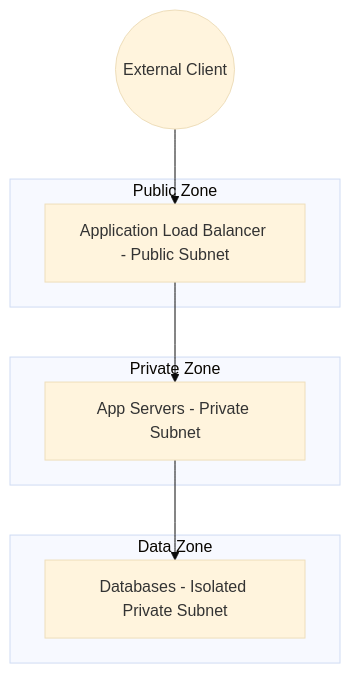
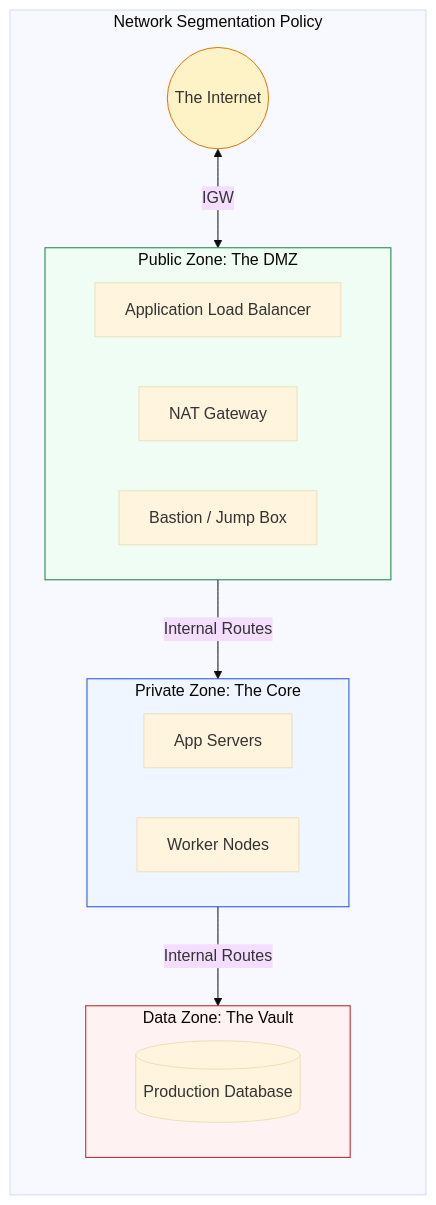
The diagram in 2-Intermediate/01-Phase-1/01-Networking/02-Subnetting-and-CIDR/03-Public-and-Private-Zoning/README.md (Ganil151/Devops), drawn with Mermaid (base theme) before and after one commit. The commit also changed other lines of this file and 51 other files, not shown here.

````diff
--- a/2-Intermediate/01-Phase-1/01-Networking/02-Subnetting-and-CIDR/03-Public-and-Private-Zoning/README.md
+++ b/2-Intermediate/01-Phase-1/01-Networking/02-Subnetting-and-CIDR/03-Public-and-Private-Zoning/README.md
@@ -34,18 +5,29 @@
 ```mermaid
 graph TD
-    Client((External Client)) --> ALB[Application Load Balancer - Public Subnet]
-    ALB --> App[App Servers - Private Subnet]
-    App --> DB[Databases - Isolated Private Subnet]
-
-subgraph "Public Zone"
-    ALB
+    subgraph VPC_Zoning[Network Segmentation Policy]
+        direction TB
+        subgraph Public_Zone[Public Zone: The DMZ]
+            ALB[Application Load Balancer]
+            NAT[NAT Gateway]
+            Bastion[Bastion / Jump Box]
+        end
+        
+        subgraph Private_Zone[Private Zone: The Core]
+            App[App Servers]
+            Worker[Worker Nodes]
+        end
+        
+        subgraph Data_Zone[Data Zone: The Vault]
+            DB[(Production Database)]
+        end
+        
+        Internet((The Internet)) <-->|IGW| Public_Zone
+        Public_Zone -->|Internal Routes| Private_Zone
+        Private_Zone -->|Internal Routes| Data_Zone
     end
 
-subgraph "Private Zone"
-    App
-    end
-
-subgraph "Data Zone"
-    DB
-    end
+    style Public_Zone fill:#f0fdf4,stroke:#15803d
+    style Private_Zone fill:#eff6ff,stroke:#1d4ed8
+    style Data_Zone fill:#fef2f2,stroke:#b91c1c
+    style Internet fill:#fef3c7,stroke:#d97706
 ```
````
